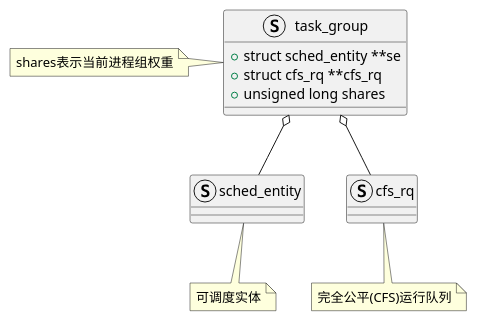
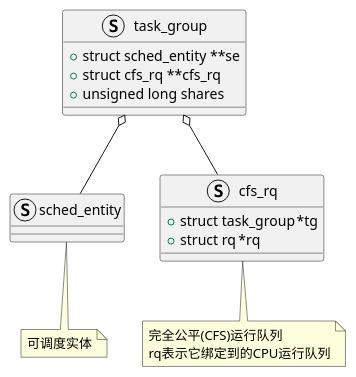
The diagram in doc/Unix/SourceRead/00_01_CPUSched_GroupScheduler.md (DepInjoy/geektime), drawn with PlantUML before and after one commit. The commit also changed 1 other file, not shown here.

Commit message:
Linux kernel CFS

````diff
--- a/doc/Unix/SourceRead/00_01_CPUSched_GroupScheduler.md
+++ b/doc/Unix/SourceRead/00_01_CPUSched_GroupScheduler.md
@@ -1,21 +1,23 @@
 ```plantuml
 @startuml
 struct task_group {
     + struct sched_entity **se
     + struct cfs_rq **cfs_rq
     + unsigned long shares
 }
-note left: shares表示当前进程组权重
 
 struct sched_entity {
+    
 }
 note bottom: 可调度实体
 
 struct cfs_rq {
+    + struct task_group	*tg
+    + struct rq	*rq
 }
-note bottom:完全公平(CFS)运行队列
+note bottom:完全公平(CFS)运行队列\nrq表示它绑定到的CPU运行队列
 
 sched_entity -up-o task_group
 cfs_rq -up-o task_group
 @enduml
 ```
````
